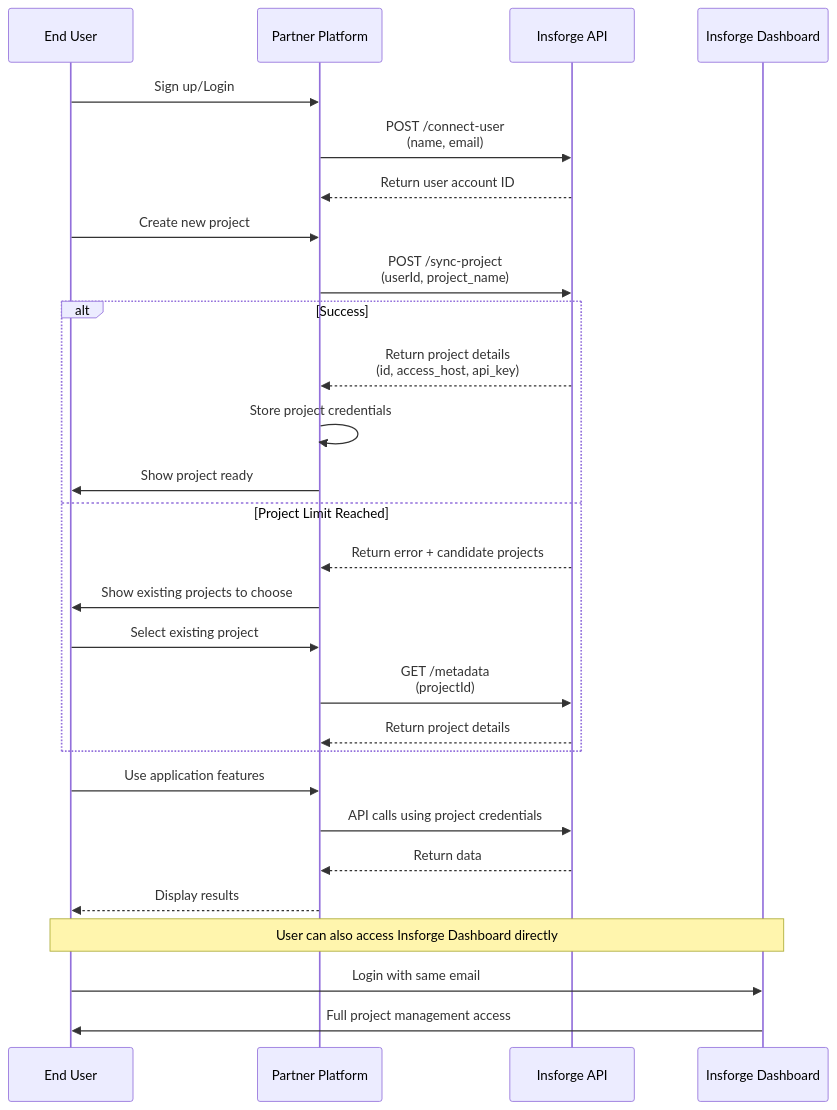
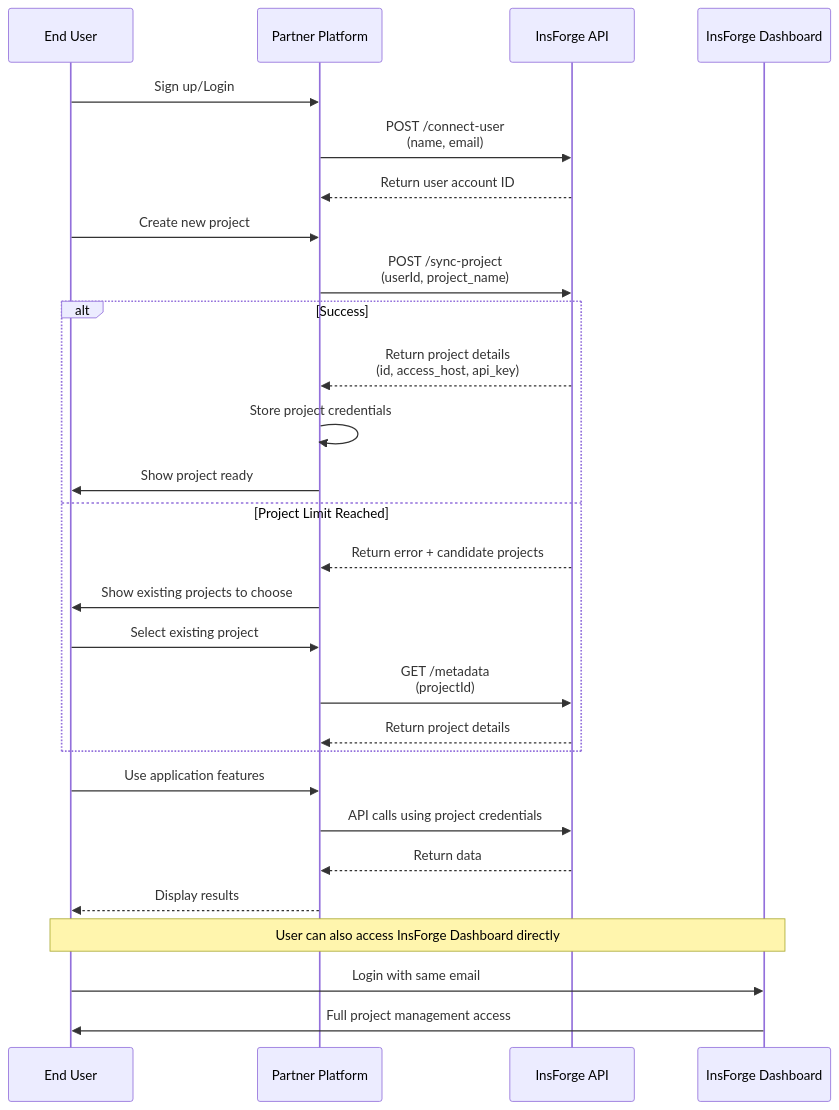
Before and after one commit to InsForge/insforge-docs: the first of 2 diagrams in partnership.mdx, drawn with Mermaid. The commit also changed other lines of this file, not shown here.

Commit message:
chore: Insforge -> InsForge

````diff
--- a/partnership.mdx
+++ b/partnership.mdx
@@ -296,35 +296,35 @@
 ```mermaid
 sequenceDiagram
     participant User as End User
     participant Partner as Partner Platform
-    participant Insforge as Insforge API
-    participant Dashboard as Insforge Dashboard
+    participant InsForge as InsForge API
+    participant Dashboard as InsForge Dashboard
 
     User->>Partner: Sign up/Login
-    Partner->>Insforge: POST /connect-user<br/>(name, email)
-    Insforge-->>Partner: Return user account ID
+    Partner->>InsForge: POST /connect-user<br/>(name, email)
+    InsForge-->>Partner: Return user account ID
 
     User->>Partner: Create new project
-    Partner->>Insforge: POST /sync-project<br/>(userId, project_name)
+    Partner->>InsForge: POST /sync-project<br/>(userId, project_name)
 
     alt Success
-        Insforge-->>Partner: Return project details<br/>(id, access_host, api_key)
+        InsForge-->>Partner: Return project details<br/>(id, access_host, api_key)
         Partner->>Partner: Store project credentials
         Partner->>User: Show project ready
     else Project Limit Reached
-        Insforge-->>Partner: Return error + candidate projects
+        InsForge-->>Partner: Return error + candidate projects
         Partner->>User: Show existing projects to choose
         User->>Partner: Select existing project
-        Partner->>Insforge: GET /metadata<br/>(projectId)
-        Insforge-->>Partner: Return project details
+        Partner->>InsForge: GET /metadata<br/>(projectId)
+        InsForge-->>Partner: Return project details
     end
 
     User->>Partner: Use application features
-    Partner->>Insforge: API calls using project credentials
-    Insforge-->>Partner: Return data
+    Partner->>InsForge: API calls using project credentials
+    InsForge-->>Partner: Return data
     Partner-->>User: Display results
 
-    Note over User,Dashboard: User can also access Insforge Dashboard directly
+    Note over User,Dashboard: User can also access InsForge Dashboard directly
     User->>Dashboard: Login with same email
     Dashboard->>User: Full project management access
 ```
````
